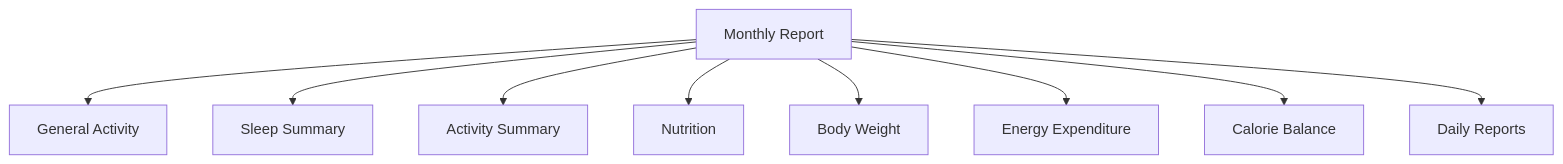
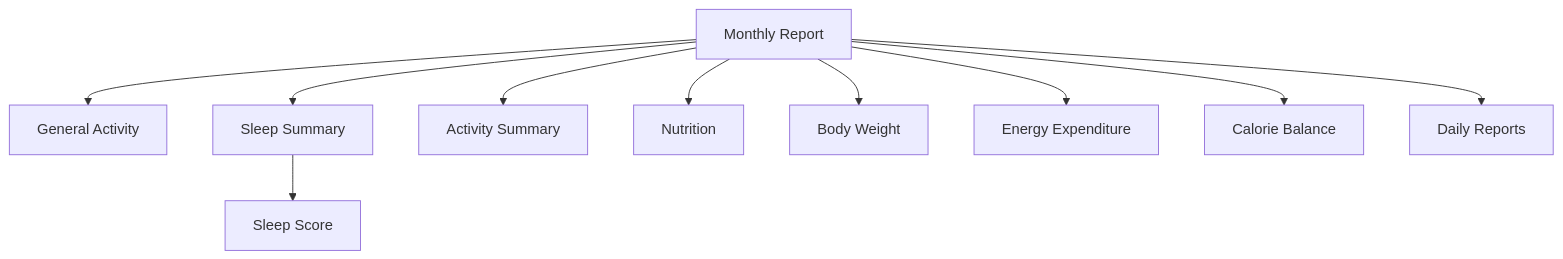
Before and after one commit to MateuszMocarski/AppleHealthMonitorAnalyzer: the third of 4 diagrams in README.md, drawn with Mermaid. The commit also changed other lines of this file and 4 other files, not shown here.

````diff
--- a/README.md
+++ b/README.md
@@ -348,23 +350,25 @@
 ```mermaid
 flowchart TD
 
-    A["Monthly Report"]
-    B["General Activity"]
-    C["Sleep Summary"]
-    D["Activity Summary"]
-    E["Nutrition"]
-    F["Body Weight"]
-    G["Energy Expenditure"]
-    H["Calorie Balance"]
-    I["Daily Reports"]
+    A["Monthly Report"]
+    B["General Activity"]
+    C["Sleep Summary"]
+    D["Activity Summary"]
+    E["Nutrition"]
+    F["Body Weight"]
+    G["Energy Expenditure"]
+    H["Calorie Balance"]
+    I["Daily Reports"]
 
-    A --> B
-    A --> C
-    A --> D
-    A --> E
-    A --> F
-    A --> G
-    A --> H
-    A --> I
+    CS["Sleep Score"]
 
+    A --> B
+    A --> C
+    C --> CS
+    A --> D
+    A --> E
+    A --> F
+    A --> G
+    A --> H
+    A --> I
 ```
````
